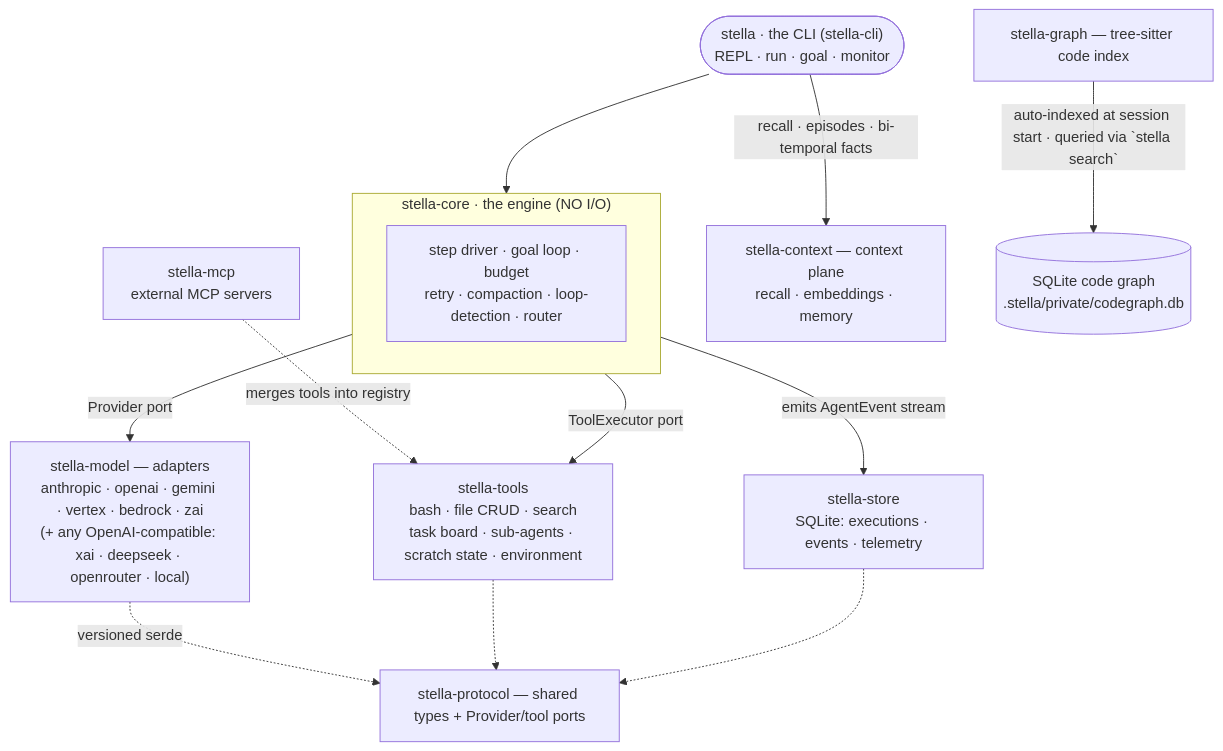
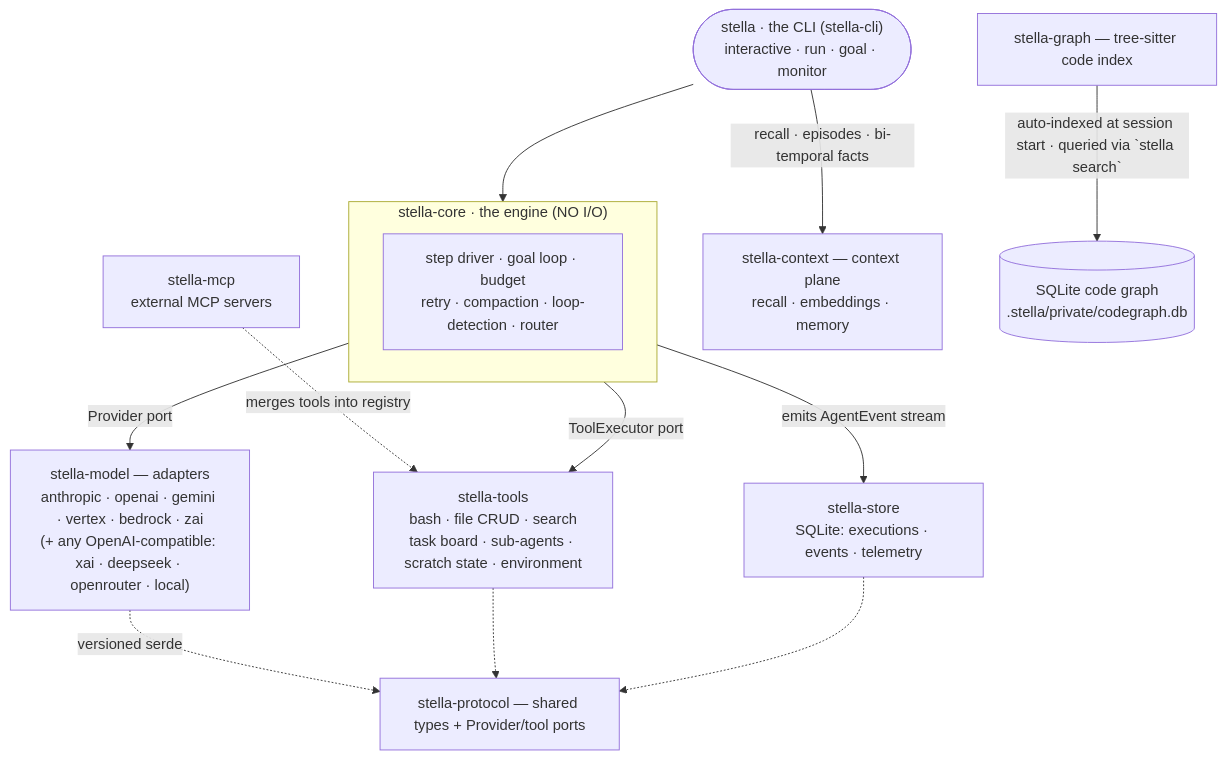
One commit to macanderson/stella changed the diagram in README.md. Above: the diagram before and after it, drawn with Mermaid. The commit also changed other lines of this file and 1 other file, not shown here.

````diff
--- a/README.md
+++ b/README.md
@@ -646,16 +561,16 @@
 ```mermaid
 flowchart TD
-    U(["stella · the CLI (stella-cli)<br/>REPL · run · goal · monitor"]) --> CORE
+    U(["stella · the CLI (stella-cli)<br/>interactive · run · goal · monitor"]) --> CORE
     subgraph CORE["stella-core · the engine (NO I/O)"]
       ENG["step driver · goal loop · budget<br/>retry · compaction · loop-detection · router"]
     end
     CORE -->|Provider port| MODEL["stella-model — adapters<br/>anthropic · openai · gemini · vertex · bedrock · zai<br/>(+ any OpenAI-compatible: xai · deepseek · openrouter · local)"]
     CORE -->|ToolExecutor port| TOOLS["stella-tools<br/>bash · file CRUD · search<br/>task board · sub-agents · scratch state · environment"]
     MCP["stella-mcp<br/>external MCP servers"] -.->|merges tools into registry| TOOLS
     CORE -->|emits AgentEvent stream| STORE["stella-store<br/>SQLite: executions · events · telemetry"]
     U -->|"recall · episodes · bi-temporal facts"| CTX["stella-context — context plane<br/>recall · embeddings · memory"]
     GRAPH["stella-graph — tree-sitter code index"] -->|"auto-indexed at session start · queried via `stella search`"| DB[("SQLite code graph<br/>.stella/private/codegraph.db")]
     MODEL -.->|versioned serde| PROTO["stella-protocol — shared types + Provider/tool ports"]
     TOOLS -.-> PROTO
     STORE -.-> PROTO
 ```
````
